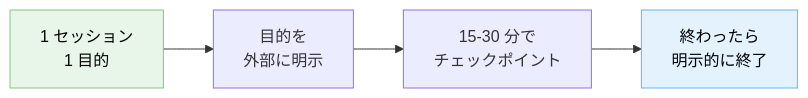
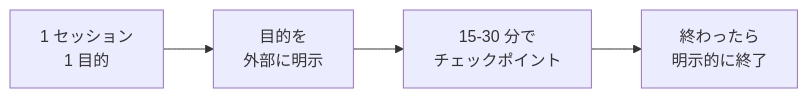
The second of 2 diagrams in docs/patterns/長時間セッションで遭遇する-6-つの失敗パターン.md (dinekt/dinekt-wiki), drawn with Mermaid before and after one commit. The commit also changed 70 other files, not shown here.

First line of the commit message:
fix(mermaid): strip all inline styling, rely on theme

````diff
--- a/docs/patterns/長時間セッションで遭遇する-6-つの失敗パターン.md
+++ b/docs/patterns/長時間セッションで遭遇する-6-つの失敗パターン.md
@@ -81,9 +81,7 @@
 ```mermaid
 flowchart LR
     S1[1 セッション<br/>1 目的] --> S2[目的を<br/>外部に明示]
     S2 --> S3[15-30 分で<br/>チェックポイント]
     S3 --> S4[終わったら<br/>明示的に終了]
 
-    style S1 fill:#e8f5e9,stroke:#81c784,color:#000
-    style S4 fill:#e3f2fd,stroke:#64b5f6,color:#000
 ```
````
